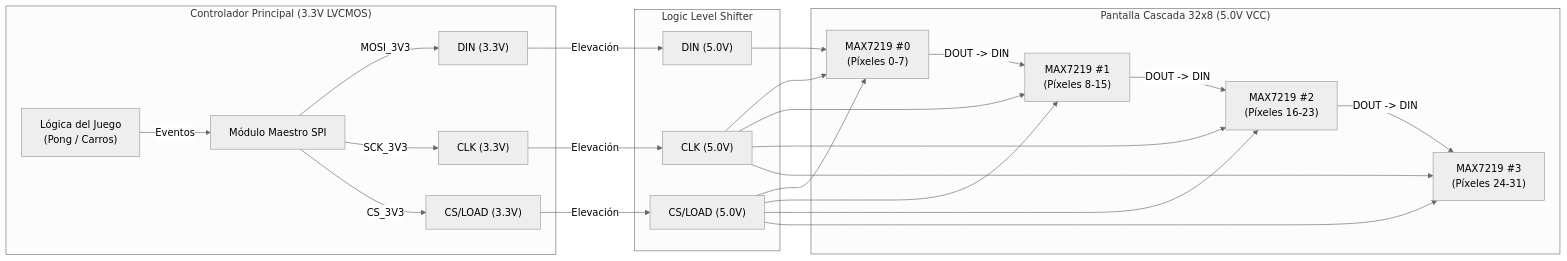
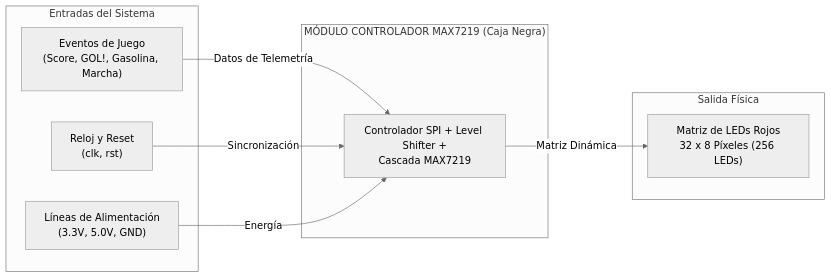
Before and after one commit to KUBIX2026/MAX7219-: the first of 2 diagrams in README.md, drawn with Mermaid (neutral theme). The commit also changed other lines of this file, not shown here.

````diff
--- a/README.md
+++ b/README.md
@@ -69,30 +47,21 @@
 ```mermaid
 graph LR
-    subgraph FPGA_MCU ["Controlador Principal (3.3V LVCMOS)"]
-        A["Lógica del Juego<br>(Pong / Carros)"] -->|Eventos| B["Módulo Maestro SPI"]
-        B -->|MOSI_3V3| C1["DIN (3.3V)"]
-        B -->|SCK_3V3| C2["CLK (3.3V)"]
-        B -->|CS_3V3| C3["CS/LOAD (3.3V)"]
+    subgraph Entradas ["Entradas del Sistema"]
+        E1["Eventos de Juego<br>(Score, GOL!, Gasolina, Marcha)"]
+        E2["Reloj y Reset<br>(clk, rst)"]
+        E3["Líneas de Alimentación<br>(3.3V, 5.0V, GND)"]
     end
 
-    subgraph Level_Shifter ["Logic Level Shifter"]
-        C1 -->|Elevación| D1["DIN (5.0V)"]
-        C2 -->|Elevación| D2["CLK (5.0V)"]
-        C3 -->|Elevación| D3["CS/LOAD (5.0V)"]
+    subgraph BlackBox ["MÓDULO CONTROLADOR MAX7219 (Caja Negra)"]
+        CB["Controlador SPI + Level Shifter +<br>Cascada MAX7219"]
     end
 
-    subgraph Display_Array ["Pantalla Cascada 32x8 (5.0V VCC)"]
-        D1 --> M1["MAX7219 #0<br>(Píxeles 0-7)"]
-        D2 --> M1
-        D2 --> M2["MAX7219 #1<br>(Píxeles 8-15)"]
-        D2 --> M3["MAX7219 #2<br>(Píxeles 16-23)"]
-        D2 --> M4["MAX7219 #3<br>(Píxeles 24-31)"]
-        D3 --> M1
-        D3 --> M2
-        D3 --> M3
-        D3 --> M4
-        M1 -->|DOUT -> DIN| M2
-        M2 -->|DOUT -> DIN| M3
-        M3 -->|DOUT -> DIN| M4
+    subgraph Salida ["Salida Física"]
+        S1["Matriz de LEDs Rojos<br>32 x 8 Píxeles (256 LEDs)"]
     end
+
+    E1 -->|Datos de Telemetría| CB
+    E2 -->|Sincronización| CB
+    E3 -->|Energía| CB
+    CB -->|Matriz Dinámica| S1
 ```
````
